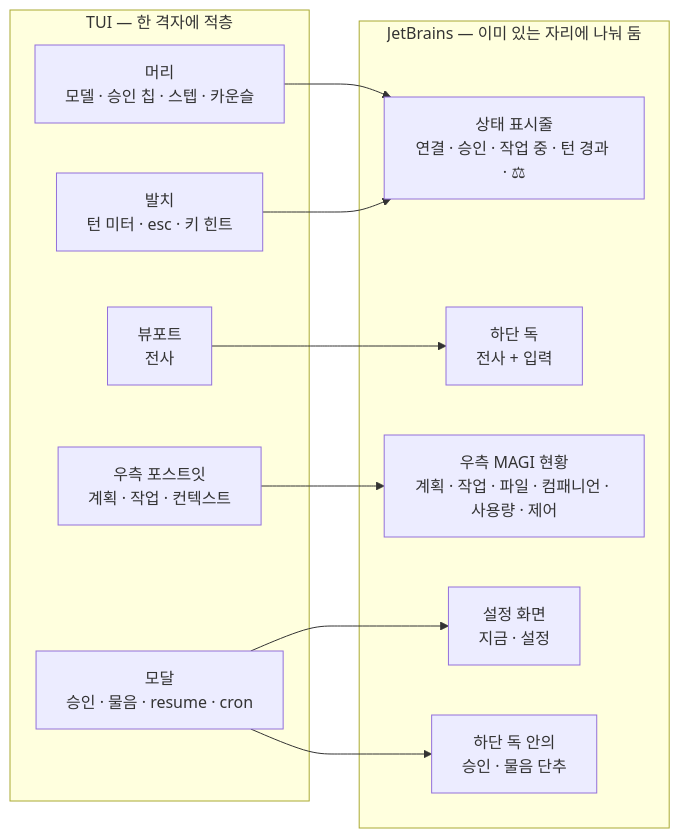
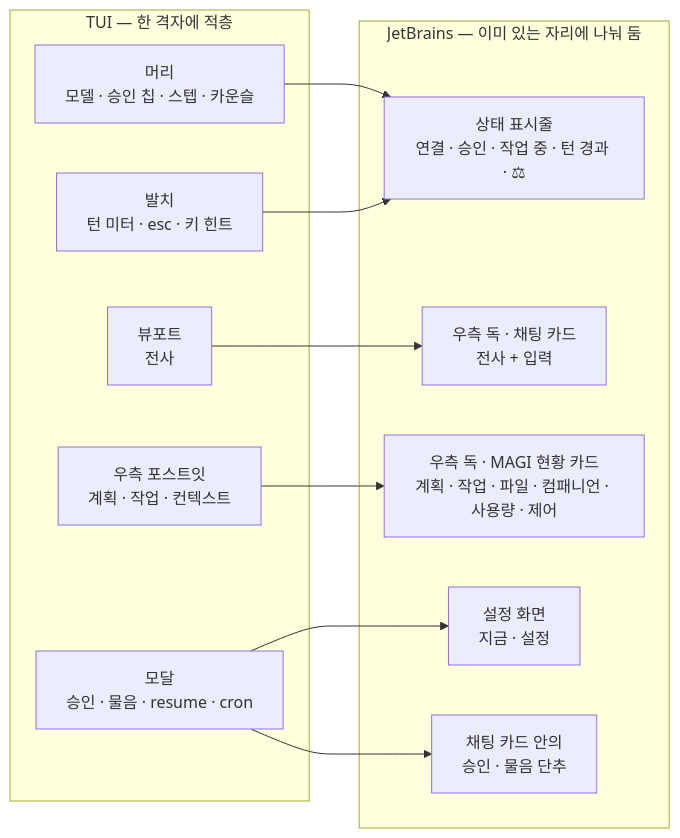
One commit to sayaya1090/magi changed the second of 2 diagrams in clients/jetbrains/docs/UI.ko.md. Above: the diagram before and after it, drawn with Mermaid. The commit also changed other lines of this file and 7 other files, not shown here.

````diff
--- a/clients/jetbrains/docs/UI.ko.md
+++ b/clients/jetbrains/docs/UI.ko.md
@@ -185,23 +187,23 @@
 ```mermaid
 flowchart LR
     subgraph TUI["TUI — 한 격자에 적층"]
         H["머리<br/>모델 · 승인 칩 · 스텝 · 카운슬"]
         V["뷰포트<br/>전사"]
         FT["발치<br/>턴 미터 · esc · 키 힌트"]
         P["우측 포스트잇<br/>계획 · 작업 · 컨텍스트"]
         MD["모달<br/>승인 · 물음 · resume · cron"]
     end
     subgraph IDE["JetBrains — 이미 있는 자리에 나눠 둠"]
         SB["상태 표시줄<br/>연결 · 승인 · 작업 중 · 턴 경과 · ⚖"]
-        BD["하단 독<br/>전사 + 입력"]
-        RW["우측 MAGI 현황<br/>계획 · 작업 · 파일 · 컴패니언 · 사용량 · 제어"]
+        BD["우측 독 · 채팅 카드<br/>전사 + 입력"]
+        RW["우측 독 · MAGI 현황 카드<br/>계획 · 작업 · 파일 · 컴패니언 · 사용량 · 제어"]
         ST["설정 화면<br/>지금 · 설정"]
-        PR["하단 독 안의<br/>승인 · 물음 단추"]
+        PR["채팅 카드 안의<br/>승인 · 물음 단추"]
     end
     H --> SB
     FT --> SB
     V --> BD
     P --> RW
     MD --> PR
     MD --> ST
 ```
````
